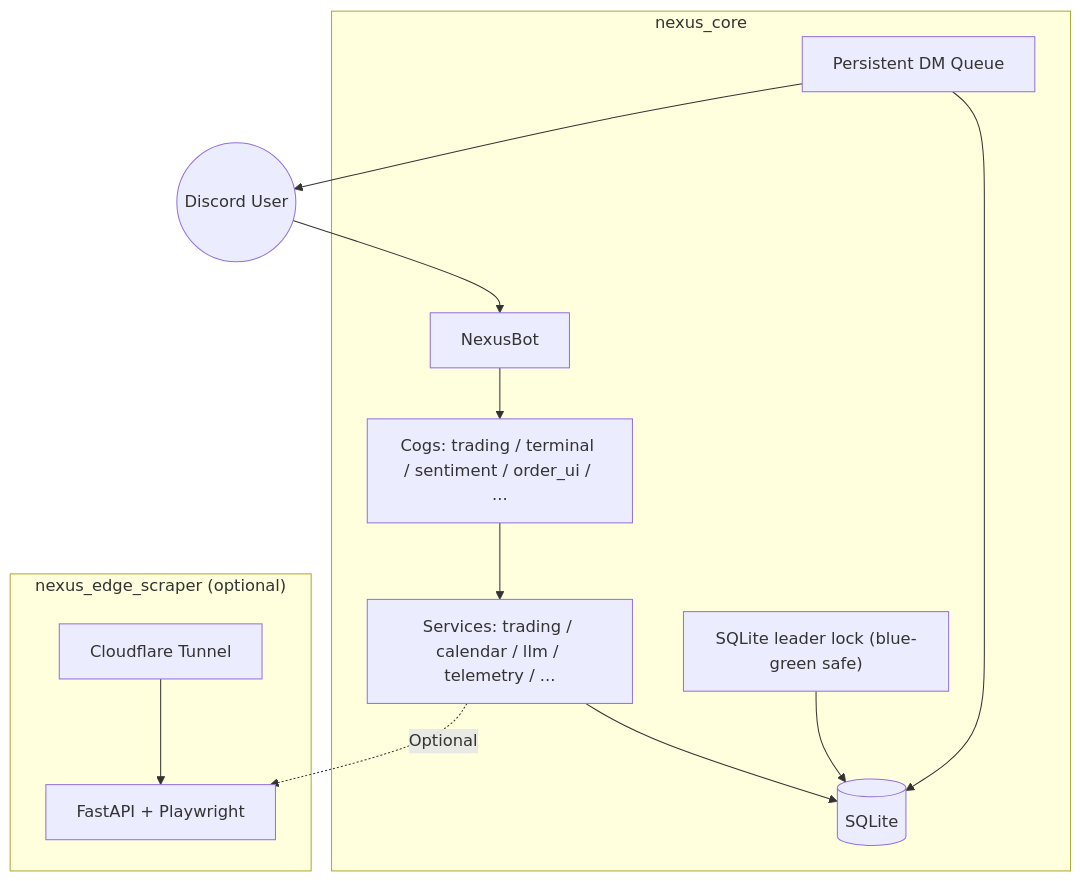
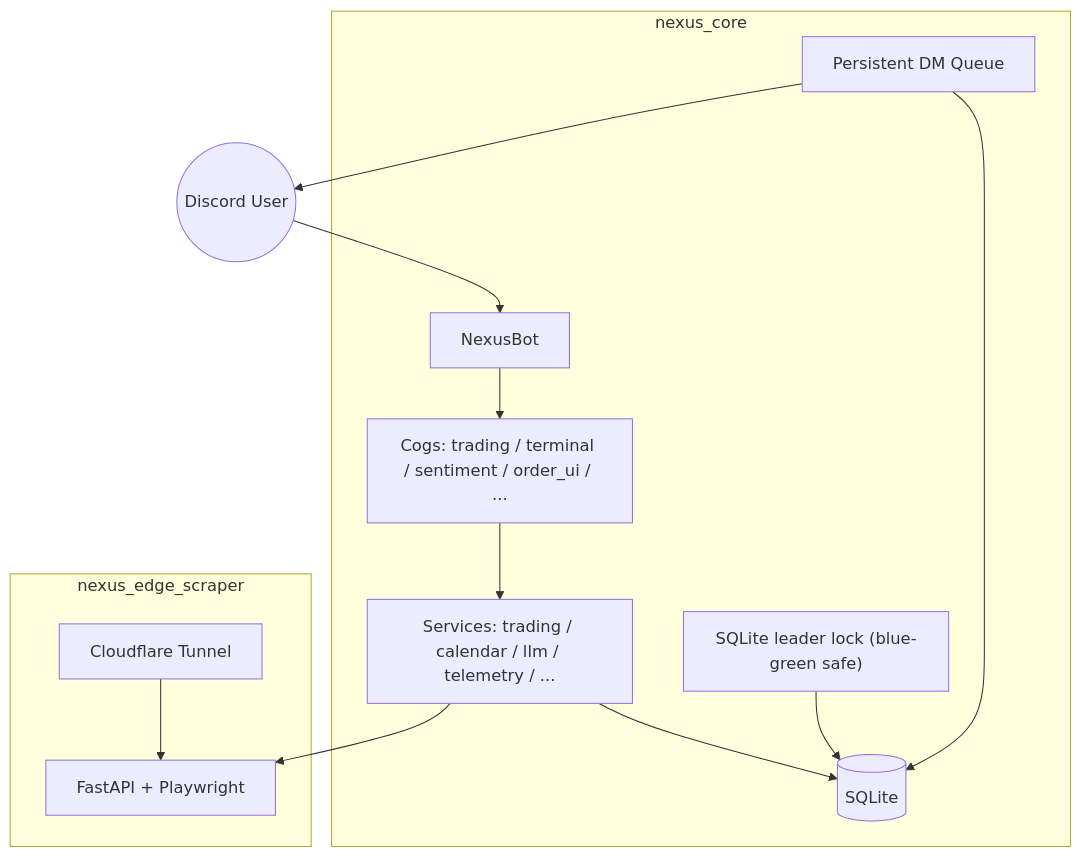
Before and after one commit to cosmo-chang-1701/nexus-seeker: the diagram in README.md, drawn with Mermaid. The commit also changed other lines of this file, not shown here.

Commit message:
docs: rewrite README.md to document real GEX and FedWatch scraping architecture

````diff
--- a/README.md
+++ b/README.md
@@ -34,29 +43,29 @@
 ```mermaid
 graph TD
     User((Discord User))
 
     subgraph Core["nexus_core"]
         Bot["NexusBot"]
         Cogs["Cogs: trading / terminal / sentiment / order_ui / ..."]
         Services["Services: trading / calendar / llm / telemetry / ..."]
         Queue["Persistent DM Queue"]
         Leader["SQLite leader lock (blue-green safe)"]
         DB[(SQLite)]
     end
 
-    subgraph Edge["nexus_edge_scraper (optional)"]
+    subgraph Edge["nexus_edge_scraper"]
         EdgeAPI["FastAPI + Playwright"]
         Tunnel["Cloudflare Tunnel"]
     end
 
     User --> Bot
     Bot --> Cogs
     Cogs --> Services
     Services --> DB
     Queue --> DB
     Leader --> DB
     Queue --> User
 
-    Services -. Optional .-> EdgeAPI
+    Services --> EdgeAPI
     Tunnel --> EdgeAPI
 ```
````
